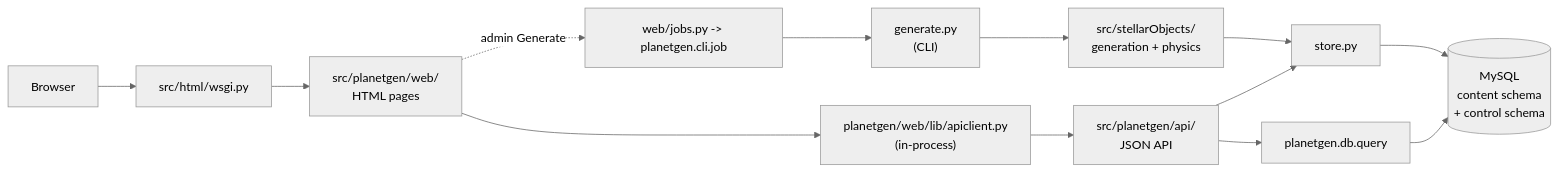
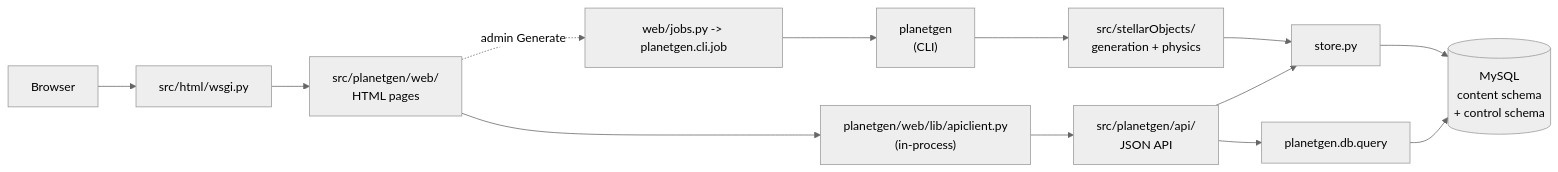
Before and after one commit to dwhagar/planetGen: the first of 8 diagrams in docs/design/architecture.md, drawn with Mermaid (neutral theme). The commit also changed other lines of this file and 127 other files, not shown here.

First line of the commit message:
Split generate.py into planetgen.generation.run_* and planetgen.cli.generate (OPS.24 step 14a) (#472)

````diff
--- a/docs/design/architecture.md
+++ b/docs/design/architecture.md
@@ -67,15 +67,15 @@
 ```mermaid
 flowchart LR
-    CLI["generate.py<br/>(CLI)"] --> SO["src/stellarObjects/<br/>generation + physics"]
+    CLI["planetgen<br/>(CLI)"] --> SO["src/stellarObjects/<br/>generation + physics"]
     SO --> DB["store.py"]
     DB --> MySQL[("MySQL<br/>content schema<br/>+ control schema")]
     Browser["Browser"] --> WSGI["src/html/wsgi.py"]
     WSGI --> Web["src/planetgen/web/<br/>HTML pages"]
     Web --> Client["planetgen/web/lib/apiclient.py<br/>(in-process)"]
     Client --> API["src/planetgen/api/<br/>JSON API"]
     API --> Q["planetgen.db.query"]
     Q --> MySQL
     API --> DB
     Web -. "admin Generate" .-> Jobs["web/jobs.py -> planetgen.cli.job"]
     Jobs --> CLI
 ```
````
